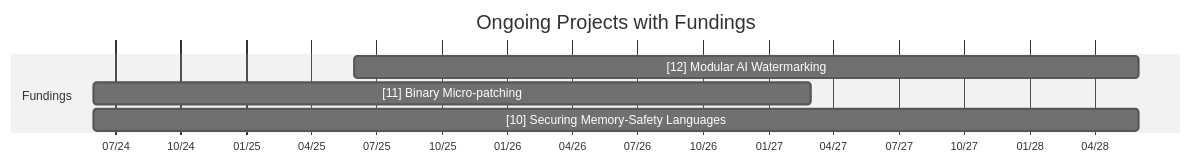
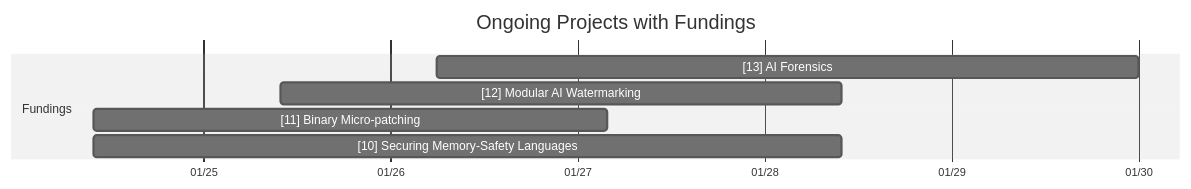
One commit to SecAI-Lab/secai-lab.github.io changed the diagram in pages/research.md. Above: the diagram before and after it, drawn with Mermaid (neutral theme). The commit also changed other lines of this file, not shown here.

```diff
--- a/pages/research.md
+++ b/pages/research.md
@@ -72,10 +72,11 @@
 <div class="mermaid">
 gantt
   title Ongoing Projects with Fundings
   dateFormat  YYYY-MM-DD
   axisFormat  %m/%y
   section Fundings
-  [12] Modular AI Watermarking : 2025-06-01, 36M
+  [13] AI Forensics: 2026-04-01, 45M
+  [12] Modular AI Watermarking: 2025-06-01, 36M
   [11] Binary Micro-patching: 2024-06-01, 33M
   [10] Securing Memory-Safety Languages: 2024-06-01, 48M
 </div>
```
